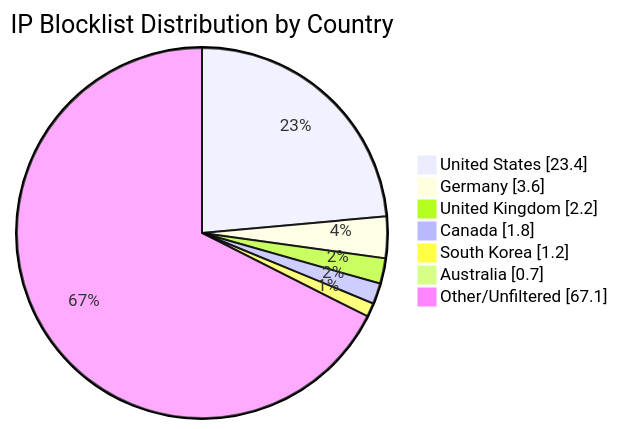
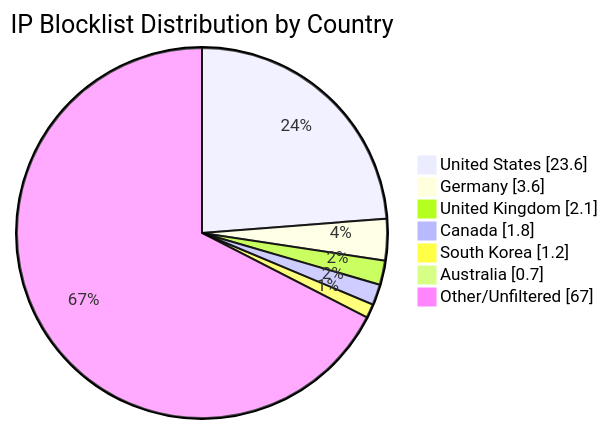
The diagram in README.md (MarcusHoltz/ipblocklist-geofiltered-aggregator), drawn with Mermaid before and after one commit. The commit also changed other lines of this file and 9 other files, not shown here.

````diff
--- a/README.md
+++ b/README.md
@@ -34,10 +34,10 @@
 ```mermaid
 pie showData title IP Blocklist Distribution by Country
-"United States" : 23.4
+"United States" : 23.6
 "Germany" : 3.6
-"United Kingdom" : 2.2
+"United Kingdom" : 2.1
 "Canada" : 1.8
 "South Korea" : 1.2
 "Australia" : 0.7
-"Other/Unfiltered" : 67.1
+"Other/Unfiltered" : 67.0
 ```
````
